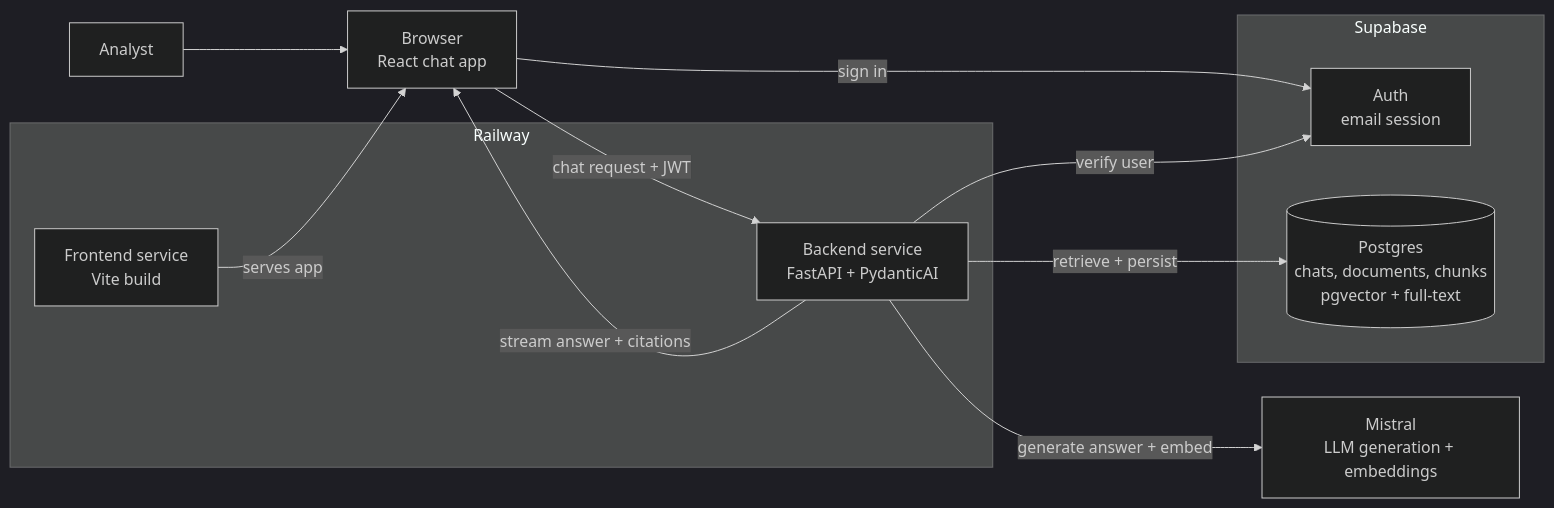
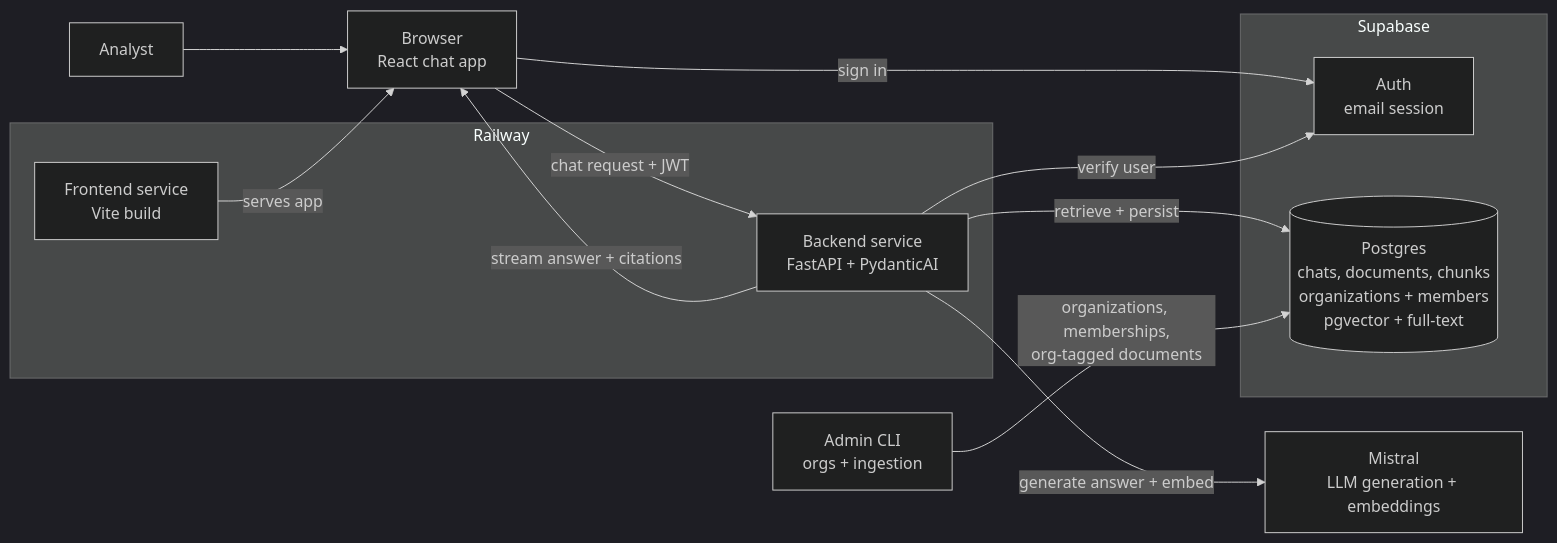
One commit to capybabruh/Agentic-RAG-system-for-querying-SEC-filings changed the second of 3 diagrams in README.md. Above: the diagram before and after it, drawn with Mermaid (dark theme). The commit also changed other lines of this file and 5 other files, not shown here.

````diff
--- a/README.md
+++ b/README.md
@@ -65,24 +66,26 @@
 ```mermaid
 flowchart LR
     user[Analyst] --> browser[Browser<br/>React chat app]
 
     subgraph railway[Railway]
         frontend[Frontend service<br/>Vite build]
         backend[Backend service<br/>FastAPI + PydanticAI]
     end
 
     subgraph supabase[Supabase]
         auth[Auth<br/>email session]
-        db[(Postgres<br/>chats, documents, chunks<br/>pgvector + full-text)]
+        db[(Postgres<br/>chats, documents, chunks<br/>organizations + members<br/>pgvector + full-text)]
     end
 
     mistral[Mistral<br/>LLM generation + embeddings]
+    admin[Admin CLI<br/>orgs + ingestion]
 
     frontend -->|serves app| browser
     browser -->|sign in| auth
     browser -->|chat request + JWT| backend
     backend -->|verify user| auth
     backend -->|retrieve + persist| db
     backend -->|generate answer + embed| mistral
     backend -->|stream answer + citations| browser
+    admin -->|organizations, memberships,<br/>org-tagged documents| db
 ```
````
